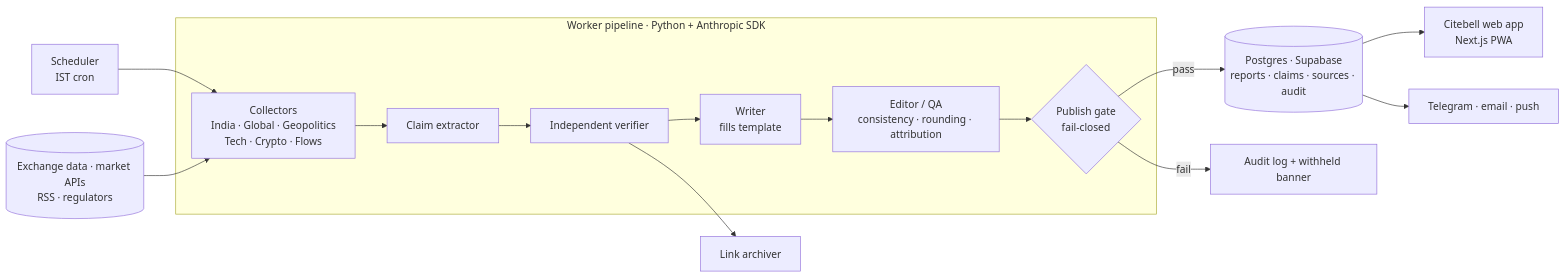
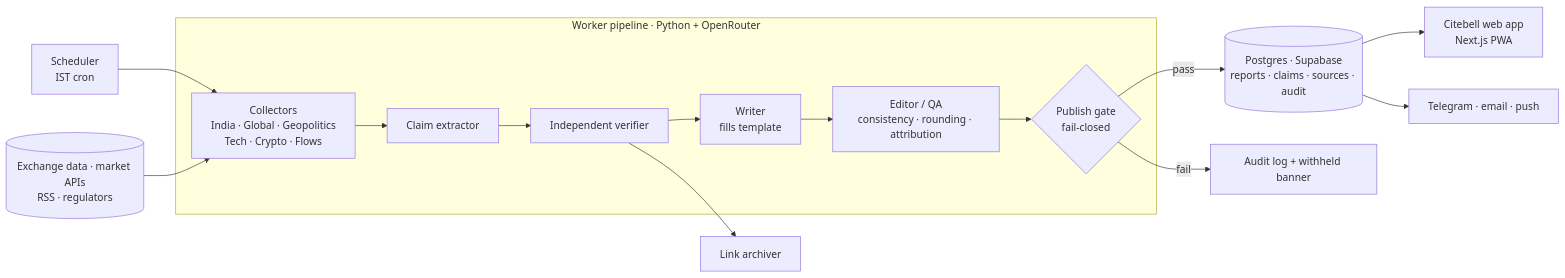
Before and after one commit to kunalsmathur-gif/market-intel-console: the first of 3 diagrams in docs/PRD.md, drawn with Mermaid. The commit also changed other lines of this file and 3 other files, not shown here.

First line of the commit message:
PRD v1.2: choose models per step via an OpenRouter bake-off

````diff
--- a/docs/PRD.md
+++ b/docs/PRD.md
@@ -183,17 +183,17 @@
 ```mermaid
 flowchart LR
   SCH[Scheduler<br/>IST cron] --> COL
   SRC[(Exchange data · market APIs<br/>RSS · regulators)] --> COL
-  subgraph AGENTS[Worker pipeline · Python + Anthropic SDK]
+  subgraph AGENTS[Worker pipeline · Python + OpenRouter]
     COL[Collectors<br/>India · Global · Geopolitics<br/>Tech · Crypto · Flows] --> EXT[Claim extractor]
     EXT --> VER[Independent verifier]
     VER --> WRI[Writer<br/>fills template]
     WRI --> QA[Editor / QA<br/>consistency · rounding · attribution]
     QA --> GATE{Publish gate<br/>fail-closed}
   end
   GATE -- pass --> DB[(Postgres · Supabase<br/>reports · claims · sources · audit)]
   GATE -- fail --> LOG[Audit log + withheld banner]
   DB --> APP[Citebell web app<br/>Next.js PWA]
   DB --> NOTIF[Telegram · email · push]
   VER --> ARC[Link archiver]
 ```
````
